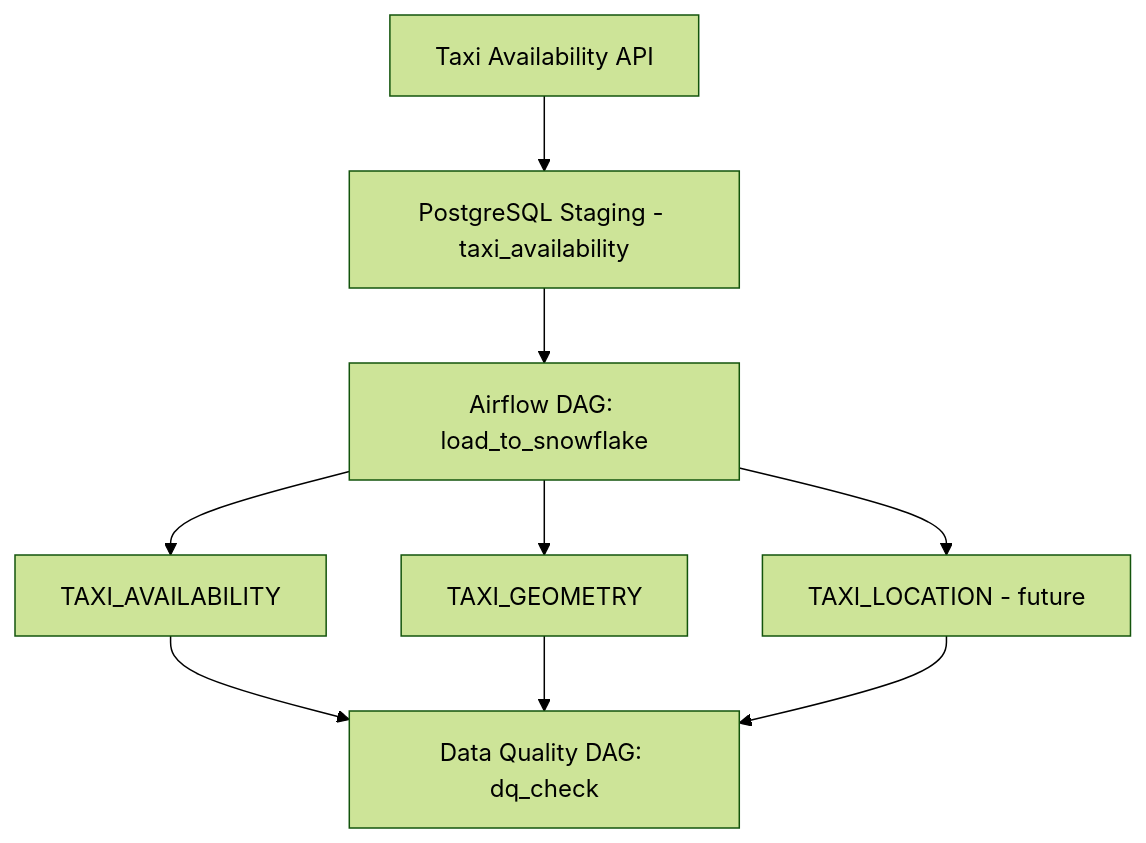
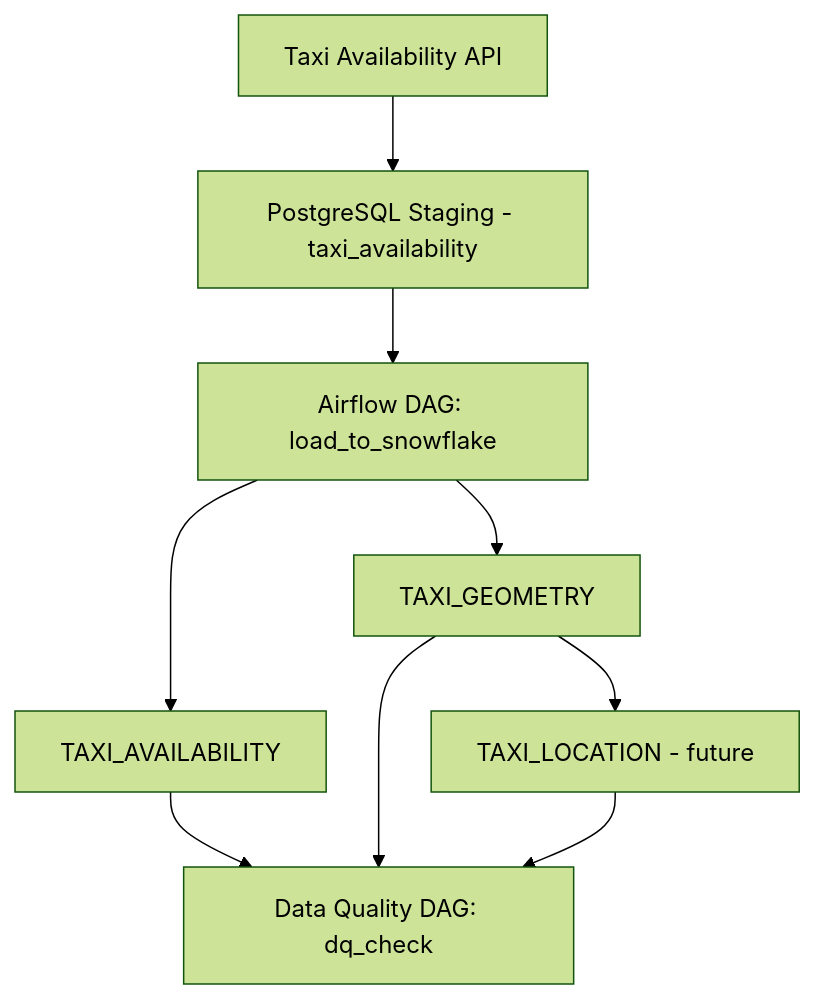
Before and after one commit to rramadhani015/taxi-availability: the diagram in README.md, drawn with Mermaid (forest theme).

````diff
--- a/README.md
+++ b/README.md
@@ -52,11 +52,11 @@
 ```mermaid
 graph TD
     A[Taxi Availability API] --> B[PostgreSQL Staging - taxi_availability]
     B --> C[Airflow DAG: load_to_snowflake]
     C --> D[TAXI_AVAILABILITY]
     C --> E[TAXI_GEOMETRY]
-    C --> F[TAXI_LOCATION - future]
+    E --> F[TAXI_LOCATION - future]
     D --> G[Data Quality DAG: dq_check]
     E --> G
     F --> G
 ```
````
